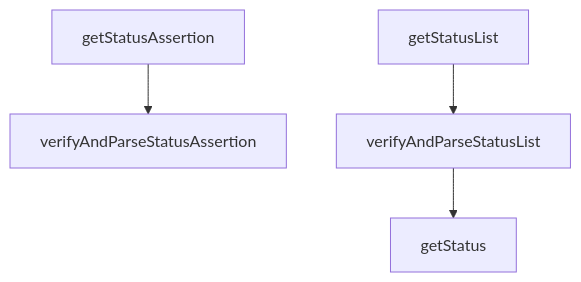
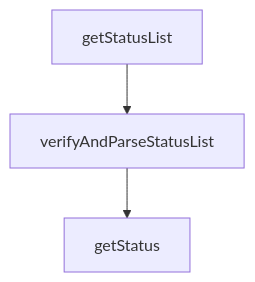
Before and after one commit to pagopa/io-react-native-wallet: the diagram in libs/io-react-native-wallet/src/credential/status/README.md, drawn with Mermaid. The commit also changed other lines of this file and 145 other files, not shown here.

````diff
--- a/libs/io-react-native-wallet/src/credential/status/README.md
+++ b/libs/io-react-native-wallet/src/credential/status/README.md
@@ -28,11 +23,8 @@
 ```mermaid
 graph TD;
-  0[getStatusAssertion]
-  1[verifyAndParseStatusAssertion]
-  2[getStatusList]
-  3[verifyAndParseStatusList]
-  4[getStatus]
+  0[getStatusList]
+  1[verifyAndParseStatusList]
+  2[getStatus]
   0 --> 1
-  2 --> 3
-  3 --> 4
+  1 --> 2
 ```
````
